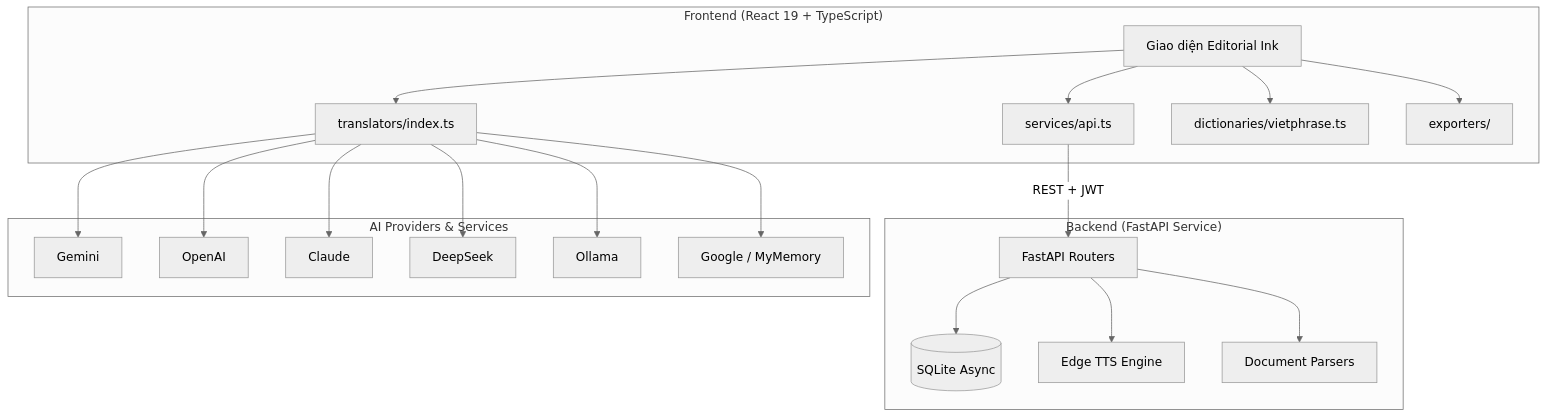
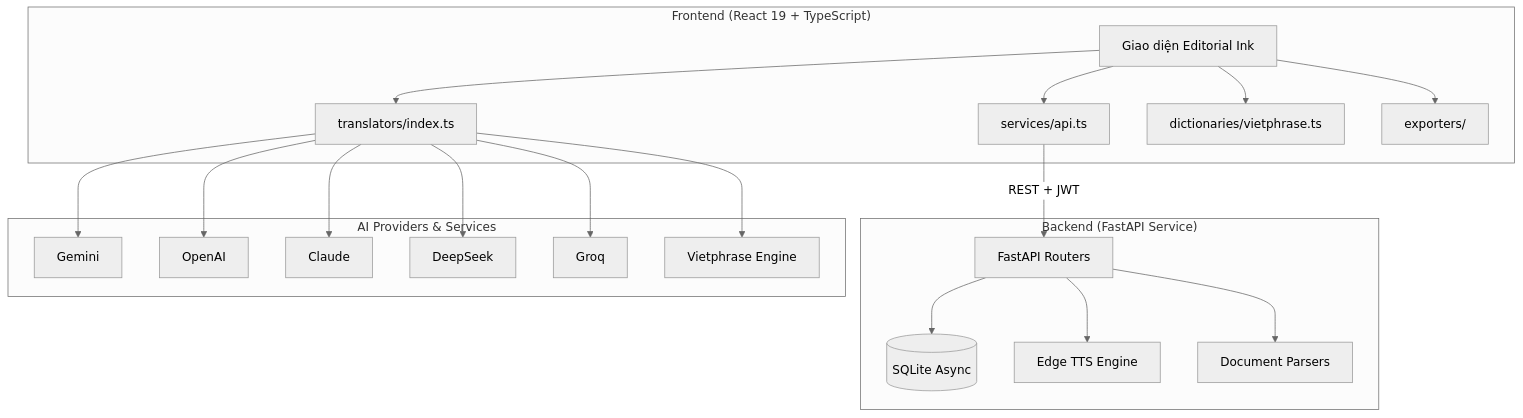
The diagram in README.vi.md (Lacia1803/omninovel-studio), drawn with Mermaid (neutral theme) before and after one commit. The commit also changed other lines of this file and 1 other file, not shown here.

````diff
--- a/README.vi.md
+++ b/README.vi.md
@@ -42,23 +42,23 @@
 ```mermaid
 graph TB
 subgraph "Frontend (React 19 + TypeScript)"
     UI[Giao diện Editorial Ink] --> API[services/api.ts]
     UI --> Trans[translators/index.ts]
     UI --> Dict[dictionaries/vietphrase.ts]
     UI --> Exp[exporters/]
 end
 subgraph "Backend (FastAPI Service)"
     API -->|REST + JWT| BE[FastAPI Routers]
     BE --> DB[(SQLite Async)]
     BE --> TTS[Edge TTS Engine]
     BE --> Parser[Document Parsers]
 end
 subgraph "AI Providers & Services"
     Trans --> Gemini
     Trans --> OpenAI
     Trans --> Claude
     Trans --> DeepSeek
-    Trans --> Ollama
-    Trans --> FreeProviders[Google / MyMemory]
+    Trans --> Groq
+    Trans --> Vietphrase[Vietphrase Engine]
 end
 ```
````
